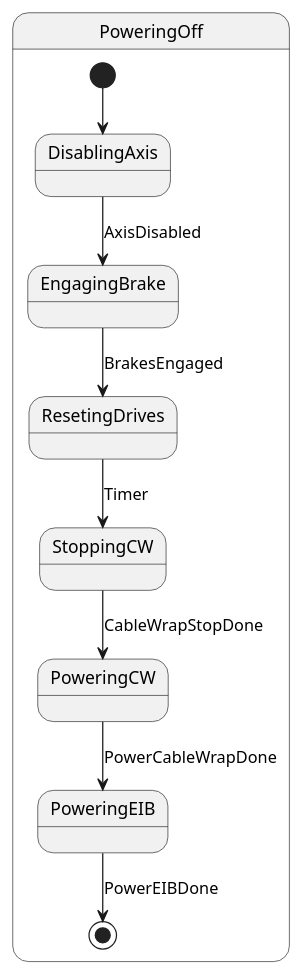
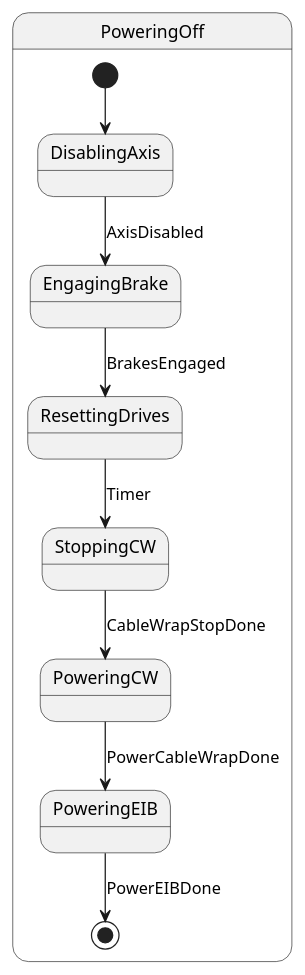
One commit to lsst-ts/ts_tma_tma-documentation_pxi-controller_documentation changed the third of 4 diagrams in 10 Subsystems Azimuth and Elevacion/04 State Machine.md. Above: the diagram before and after it, drawn with PlantUML. The commit also changed other lines of this file and 17 other files, not shown here.

````diff
--- a/10 Subsystems Azimuth and Elevacion/04 State Machine.md
+++ b/10 Subsystems Azimuth and Elevacion/04 State Machine.md
@@ -105,22 +106,22 @@
 ```plantuml
 @startuml
 state PoweringOff{
       state DisablingAxis
       state EngagingBrake
-      state ResetingDrives
+      state ResettingDrives
       state StoppingCW
       state PoweringCW
       state PoweringEIB
 
       [*] --> DisablingAxis
       DisablingAxis --> EngagingBrake : AxisDisabled
-      EngagingBrake --> ResetingDrives : BrakesEngaged
-      ResetingDrives --> StoppingCW : Timer
+      EngagingBrake --> ResettingDrives : BrakesEngaged
+      ResettingDrives --> StoppingCW : Timer
       StoppingCW --> PoweringCW : CableWrapStopDone
       PoweringCW --> PoweringEIB : PowerCableWrapDone
       PoweringEIB --> [*] : PowerEIBDone
 
 
 }
 @enduml
 ```
````
